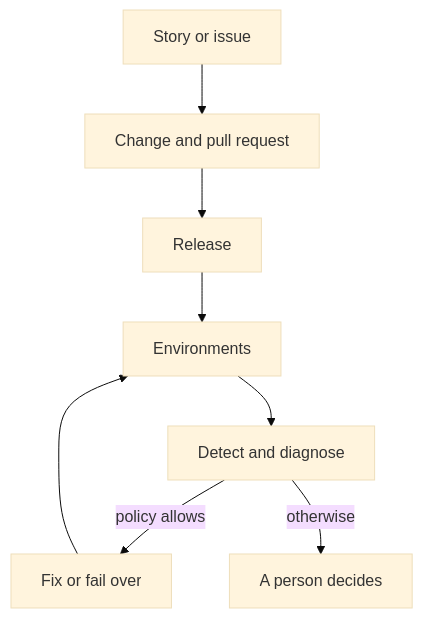
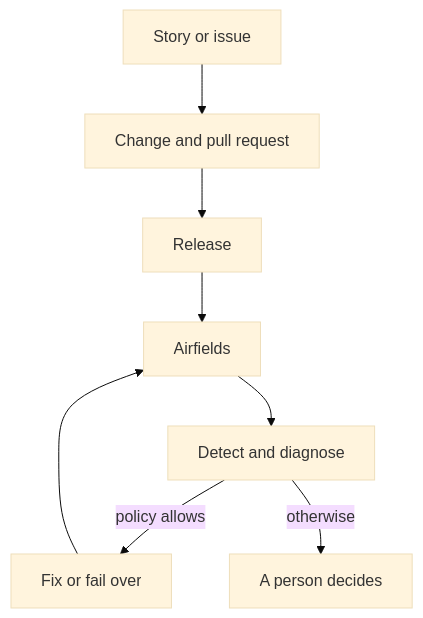
The diagram in docs/roadmap/milestone-13.md (JK-Magic-Creations/launchway), drawn with Mermaid (base theme) before and after one commit. The commit also changed other lines of this file and 30 other files, not shown here.

First line of the commit message:
Release candidate 1: roadmap statuses, vocabulary, an unfinished check is never a clean one, one setting to switch Standing orders off

````diff
--- a/docs/roadmap/milestone-13.md
+++ b/docs/roadmap/milestone-13.md
@@ -26,10 +26,10 @@
 ```mermaid
 flowchart TD
   Story["Story or issue"] --> Change["Change and pull request"]
   Change --> Release["Release"]
-  Release --> Env["Environments"]
+  Release --> Env["Airfields"]
   Env --> Watch["Detect and diagnose"]
   Watch -->|policy allows| Fix["Fix or fail over"]
   Watch -->|otherwise| Person["A person decides"]
   Fix --> Env
 ```
````
